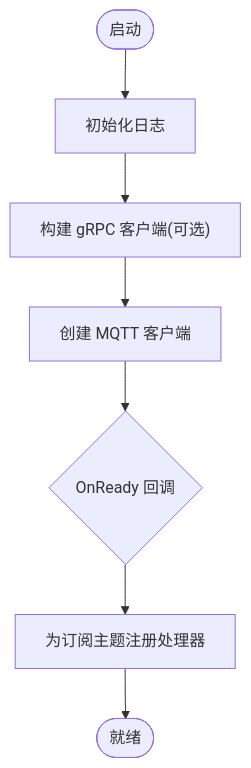
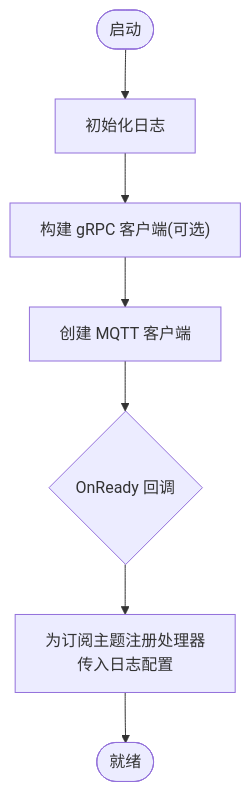
Before and after one commit to maomao94/zero-service: the fifth of 8 diagrams in .qoder/repowiki/zh/content/核心服务详解/MQTT 协议桥接服务/消息处理与传输.md, drawn with Mermaid. The commit also changed other lines of this file and 59 other files, not shown here.

````diff
--- a/.qoder/repowiki/zh/content/核心服务详解/MQTT 协议桥接服务/消息处理与传输.md
+++ b/.qoder/repowiki/zh/content/核心服务详解/MQTT 协议桥接服务/消息处理与传输.md
@@ -178,9 +243,9 @@
 ```mermaid
 flowchart TD
 Start(["启动"]) --> InitLog["初始化日志"]
 InitLog --> BuildGrpc["构建 gRPC 客户端(可选)"]
 BuildGrpc --> NewMQTT["创建 MQTT 客户端"]
 NewMQTT --> OnReady{"OnReady 回调"}
-OnReady --> RegisterHandlers["为订阅主题注册处理器"]
+OnReady --> RegisterHandlers["为订阅主题注册处理器<br/>传入日志配置"]
 RegisterHandlers --> End(["就绪"])
 ```
````
